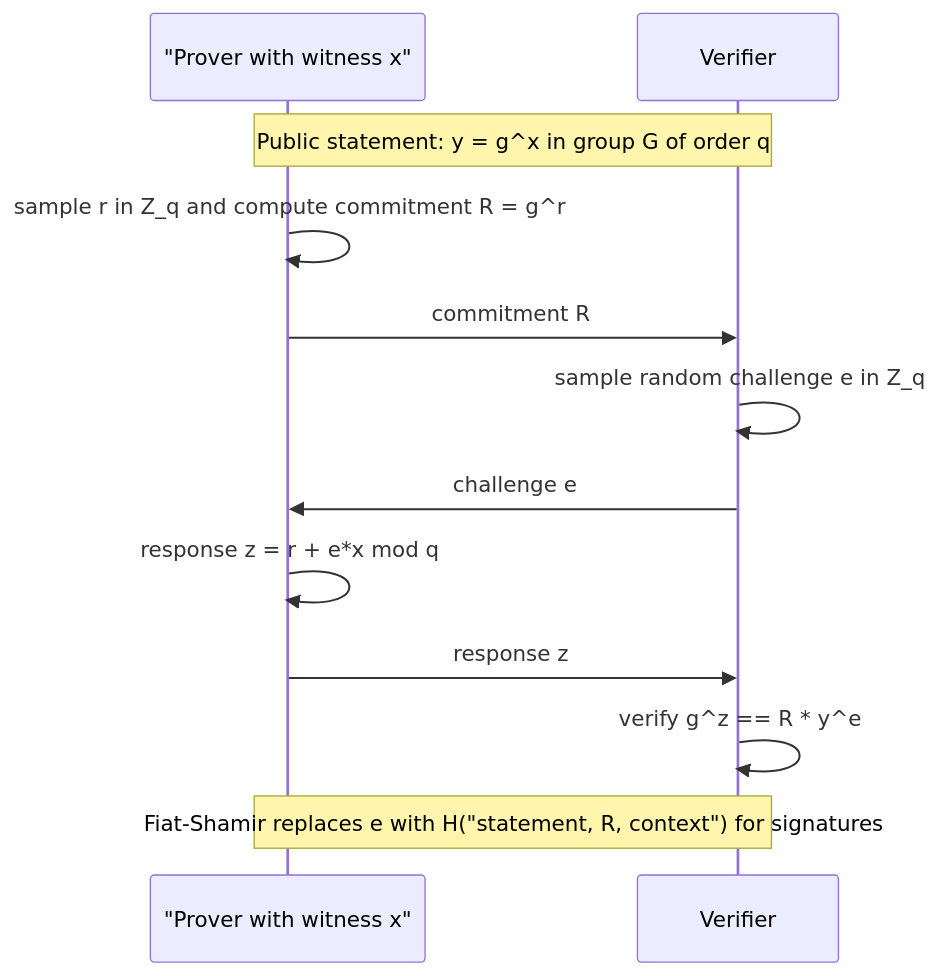
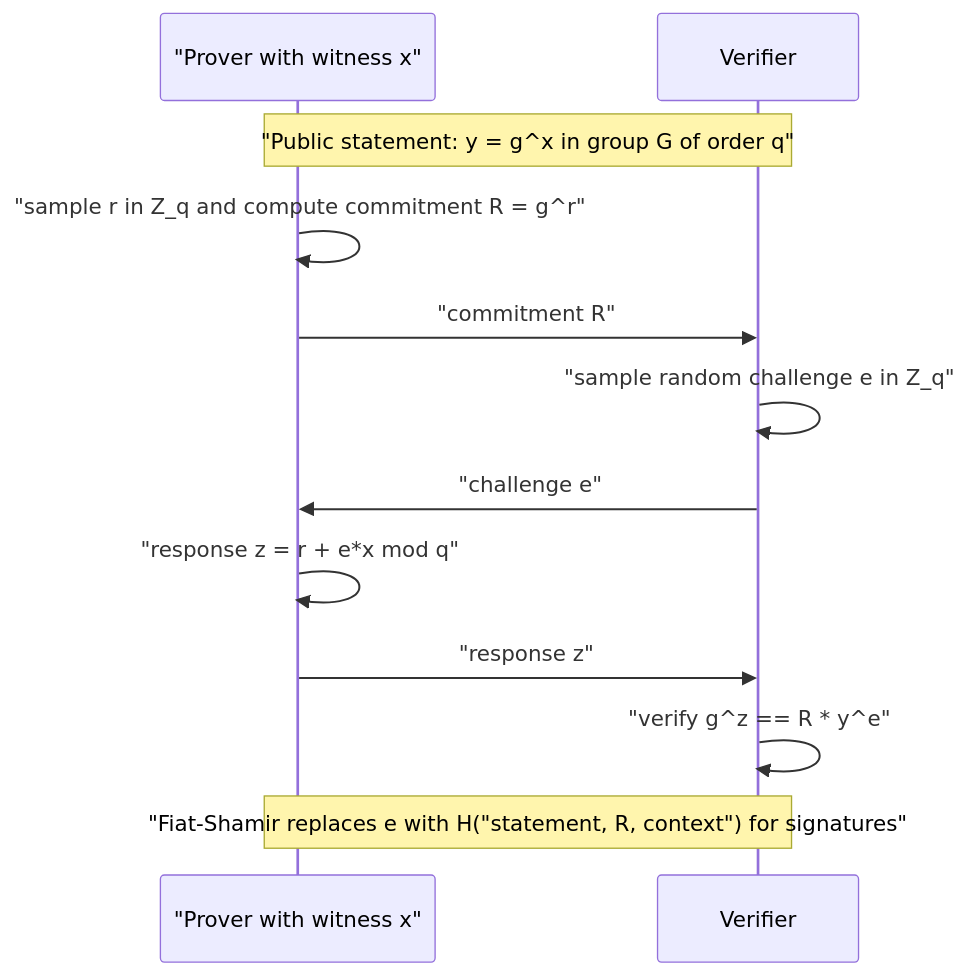
Before and after one commit to justinbrianhwang/SJ-wiki: the diagram in docs/cs/cryptography/zero-knowledge-proofs.md, drawn with Mermaid. The commit also changed other lines of this file and 955 other files, not shown here.

````diff
--- a/docs/cs/cryptography/zero-knowledge-proofs.md
+++ b/docs/cs/cryptography/zero-knowledge-proofs.md
@@ -94,14 +70,14 @@
 ```mermaid
 sequenceDiagram
   participant P as "Prover with witness x"
   participant V as Verifier
-  Note over P,V: Public statement: y = g^x in group G of order q
-  P->>P: sample r in Z_q and compute commitment R = g^r
-  P->>V: commitment R
-  V->>V: sample random challenge e in Z_q
-  V->>P: challenge e
-  P->>P: response z = r + e*x mod q
-  P->>V: response z
-  V->>V: verify g^z == R * y^e
-  Note over P,V: Fiat-Shamir replaces e with H("statement, R, context") for signatures
+  Note over P,V: "Public statement: y = g^x in group G of order q"
+  P->>P: "sample r in Z_q and compute commitment R = g^r"
+  P->>V: "commitment R"
+  V->>V: "sample random challenge e in Z_q"
+  V->>P: "challenge e"
+  P->>P: "response z = r + e*x mod q"
+  P->>V: "response z"
+  V->>V: "verify g^z == R * y^e"
+  Note over P,V: "Fiat-Shamir replaces e with H("statement, R, context") for signatures"
 ```
````
